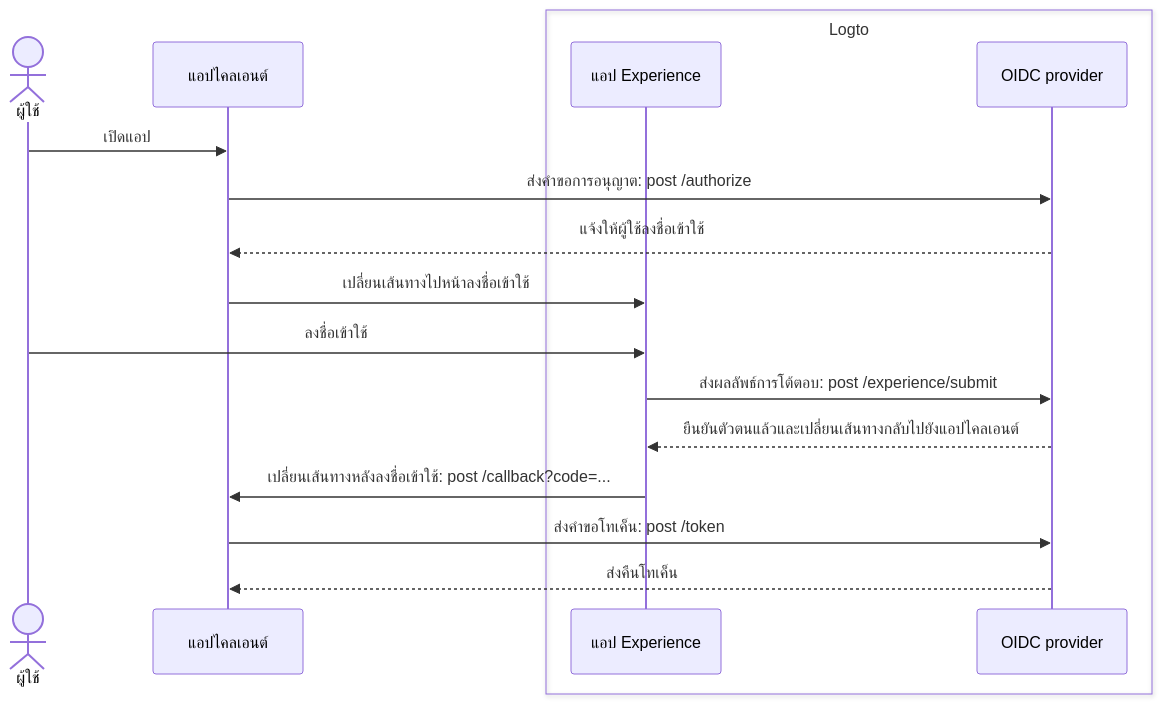
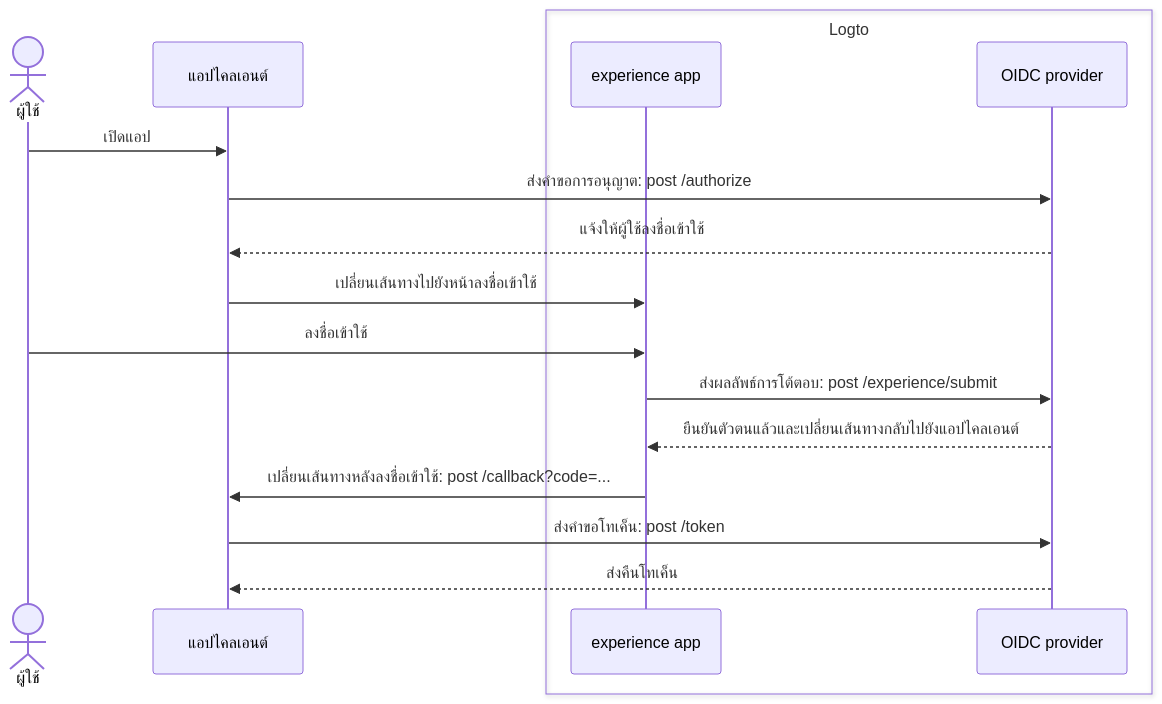
One commit to logto-io/docs changed the first of 2 diagrams in i18n/th/docusaurus-plugin-content-docs/current/end-user-flows/sign-up-and-sign-in/README.mdx. Above: the diagram before and after it, drawn with Mermaid. The commit also changed other lines of this file and 145 other files, not shown here.

````diff
--- a/i18n/th/docusaurus-plugin-content-docs/current/end-user-flows/sign-up-and-sign-in/README.mdx
+++ b/i18n/th/docusaurus-plugin-content-docs/current/end-user-flows/sign-up-and-sign-in/README.mdx
@@ -15,21 +15,21 @@
 ```mermaid
 sequenceDiagram
   actor user as ผู้ใช้
   participant client as แอปไคลเอนต์
 
   box Logto
-    participant experience as แอป Experience
+    participant experience as experience app
     participant oidc as OIDC provider
   end
 
   user ->> client: เปิดแอป
   client ->> oidc: ส่งคำขอการอนุญาต: post /authorize
   oidc -->> client: แจ้งให้ผู้ใช้ลงชื่อเข้าใช้
-  client ->> experience: เปลี่ยนเส้นทางไปหน้าลงชื่อเข้าใช้
+  client ->> experience: เปลี่ยนเส้นทางไปยังหน้าลงชื่อเข้าใช้
   user ->> experience: ลงชื่อเข้าใช้
   experience ->> oidc: ส่งผลลัพธ์การโต้ตอบ: post /experience/submit
   oidc -->> experience: ยืนยันตัวตนแล้วและเปลี่ยนเส้นทางกลับไปยังแอปไคลเอนต์
   experience ->> client: เปลี่ยนเส้นทางหลังลงชื่อเข้าใช้: post /callback?code=...
   client ->> oidc: ส่งคำขอโทเค็น: post /token
   oidc -->> client: ส่งคืนโทเค็น
 ```
````
